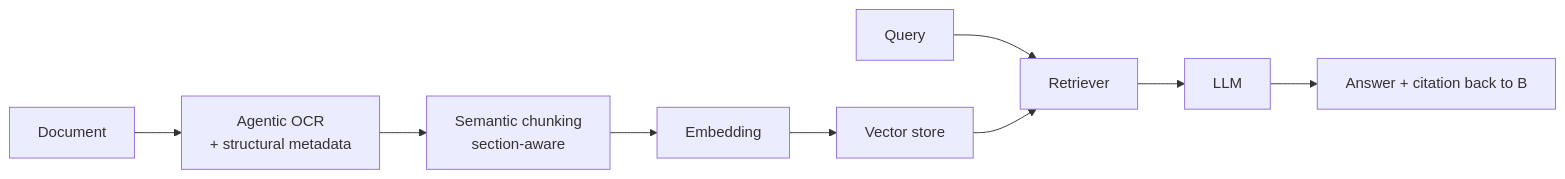
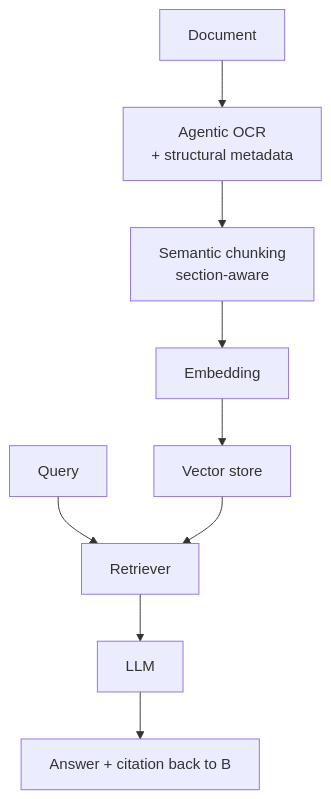
One commit to asadani/agentic-ocr changed the diagram in chapters/12-rag.qmd. Above: the diagram before and after it, drawn with Mermaid. The commit also changed 3 other files, not shown here.

````diff
--- a/chapters/12-rag.qmd
+++ b/chapters/12-rag.qmd
@@ -28,12 +28,12 @@
 ```{mermaid}
 %%| fig-cap: "How agentic OCR feeds the RAG pipeline"
-flowchart LR
+flowchart TB
     A[Document] --> B[Agentic OCR<br/>+ structural metadata]
     B --> C[Semantic chunking<br/>section-aware]
     C --> D[Embedding]
     D --> E[Vector store]
     F[Query] --> G[Retriever]
     E --> G
     G --> H[LLM]
     H --> I[Answer + citation back to B]
 ```
````
